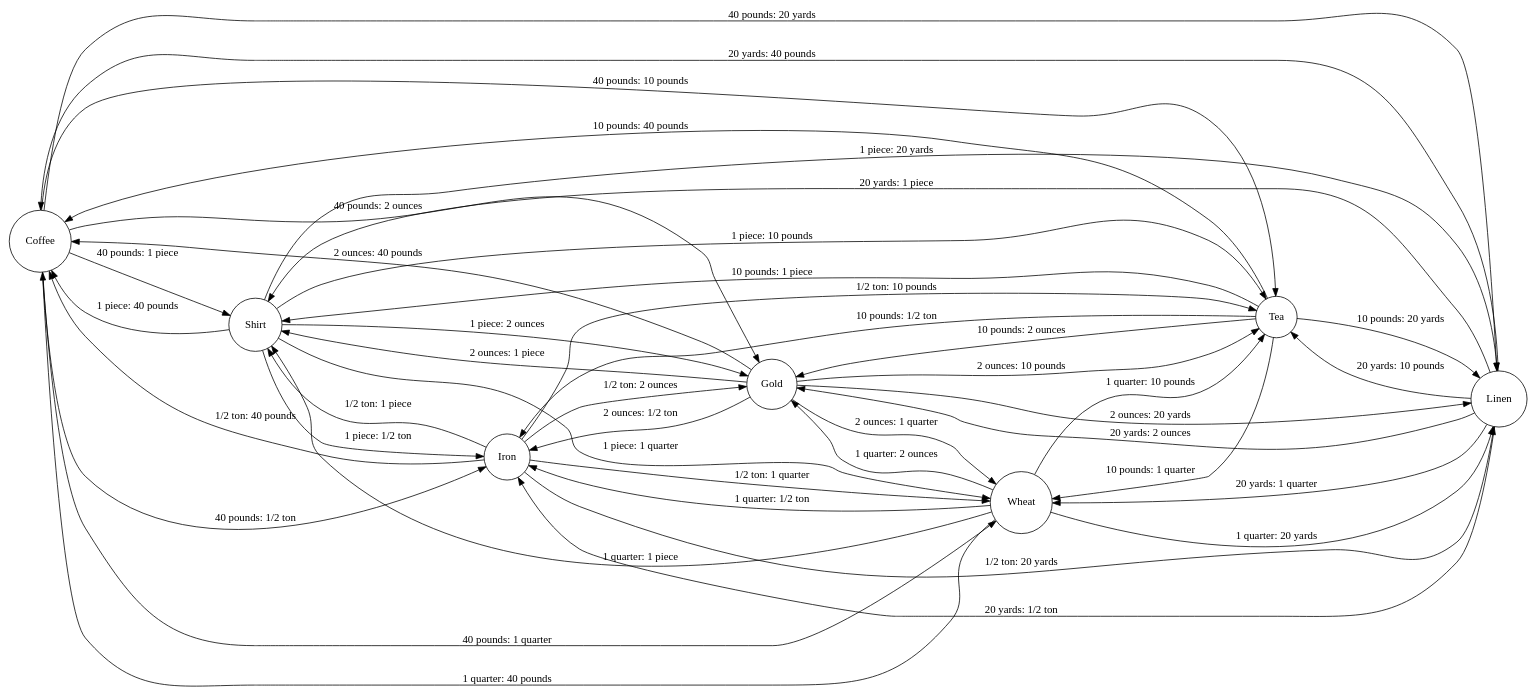
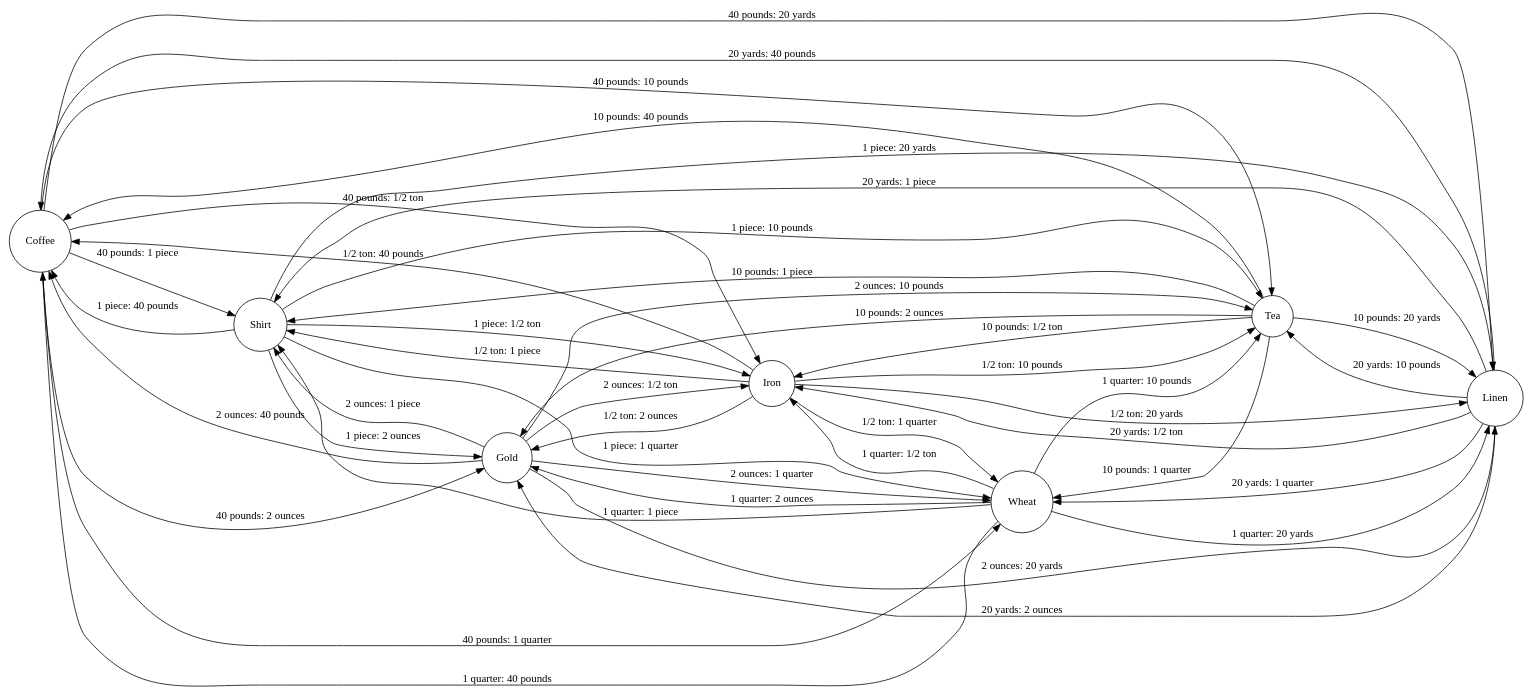
The diagram in 资本的生产过程/价值形式理论/价值形式/datas_graphs_generated/total_complete.dot (Wangsutan/Kapital), drawn with Graphviz before and after one commit. The commit also changed other lines of this file and 158 other files, not shown here.

```diff
--- a/资本的生产过程/价值形式理论/价值形式/datas_graphs_generated/total_complete.dot
+++ b/资本的生产过程/价值形式理论/价值形式/datas_graphs_generated/total_complete.dot
@@ -1,46 +1,46 @@
 digraph 价值形式理论 {
     rankdir=LR;
     node [shape=circle];
     "Coffee" -> "Shirt" [label="40 pounds: 1 piece"];
     "Coffee" -> "Linen" [label="40 pounds: 20 yards"];
     "Coffee" -> "Tea" [label="40 pounds: 10 pounds"];
     "Coffee" -> "Wheat" [label="40 pounds: 1 quarter"];
+    "Coffee" -> "Iron" [label="40 pounds: 1/2 ton"];
     "Coffee" -> "Gold" [label="40 pounds: 2 ounces"];
-    "Coffee" -> "Iron" [label="40 pounds: 1/2 ton"];
+    "Gold" -> "Coffee" [label="2 ounces: 40 pounds"];
     "Gold" -> "Shirt" [label="2 ounces: 1 piece"];
     "Gold" -> "Linen" [label="2 ounces: 20 yards"];
     "Gold" -> "Tea" [label="2 ounces: 10 pounds"];
-    "Gold" -> "Coffee" [label="2 ounces: 40 pounds"];
     "Gold" -> "Wheat" [label="2 ounces: 1 quarter"];
     "Gold" -> "Iron" [label="2 ounces: 1/2 ton"];
+    "Iron" -> "Coffee" [label="1/2 ton: 40 pounds"];
     "Iron" -> "Shirt" [label="1/2 ton: 1 piece"];
     "Iron" -> "Linen" [label="1/2 ton: 20 yards"];
     "Iron" -> "Tea" [label="1/2 ton: 10 pounds"];
-    "Iron" -> "Coffee" [label="1/2 ton: 40 pounds"];
     "Iron" -> "Wheat" [label="1/2 ton: 1 quarter"];
     "Iron" -> "Gold" [label="1/2 ton: 2 ounces"];
+    "Linen" -> "Coffee" [label="20 yards: 40 pounds"];
     "Linen" -> "Shirt" [label="20 yards: 1 piece"];
     "Linen" -> "Tea" [label="20 yards: 10 pounds"];
-    "Linen" -> "Coffee" [label="20 yards: 40 pounds"];
     "Linen" -> "Wheat" [label="20 yards: 1 quarter"];
+    "Linen" -> "Iron" [label="20 yards: 1/2 ton"];
     "Linen" -> "Gold" [label="20 yards: 2 ounces"];
-    "Linen" -> "Iron" [label="20 yards: 1/2 ton"];
+    "Shirt" -> "Coffee" [label="1 piece: 40 pounds"];
     "Shirt" -> "Linen" [label="1 piece: 20 yards"];
     "Shirt" -> "Tea" [label="1 piece: 10 pounds"];
-    "Shirt" -> "Coffee" [label="1 piece: 40 pounds"];
     "Shirt" -> "Wheat" [label="1 piece: 1 quarter"];
+    "Shirt" -> "Iron" [label="1 piece: 1/2 ton"];
     "Shirt" -> "Gold" [label="1 piece: 2 ounces"];
-    "Shirt" -> "Iron" [label="1 piece: 1/2 ton"];
+    "Tea" -> "Coffee" [label="10 pounds: 40 pounds"];
     "Tea" -> "Shirt" [label="10 pounds: 1 piece"];
     "Tea" -> "Linen" [label="10 pounds: 20 yards"];
-    "Tea" -> "Coffee" [label="10 pounds: 40 pounds"];
     "Tea" -> "Wheat" [label="10 pounds: 1 quarter"];
+    "Tea" -> "Iron" [label="10 pounds: 1/2 ton"];
     "Tea" -> "Gold" [label="10 pounds: 2 ounces"];
-    "Tea" -> "Iron" [label="10 pounds: 1/2 ton"];
+    "Wheat" -> "Coffee" [label="1 quarter: 40 pounds"];
     "Wheat" -> "Shirt" [label="1 quarter: 1 piece"];
     "Wheat" -> "Linen" [label="1 quarter: 20 yards"];
     "Wheat" -> "Tea" [label="1 quarter: 10 pounds"];
-    "Wheat" -> "Coffee" [label="1 quarter: 40 pounds"];
+    "Wheat" -> "Iron" [label="1 quarter: 1/2 ton"];
     "Wheat" -> "Gold" [label="1 quarter: 2 ounces"];
-    "Wheat" -> "Iron" [label="1 quarter: 1/2 ton"];
 }
```
